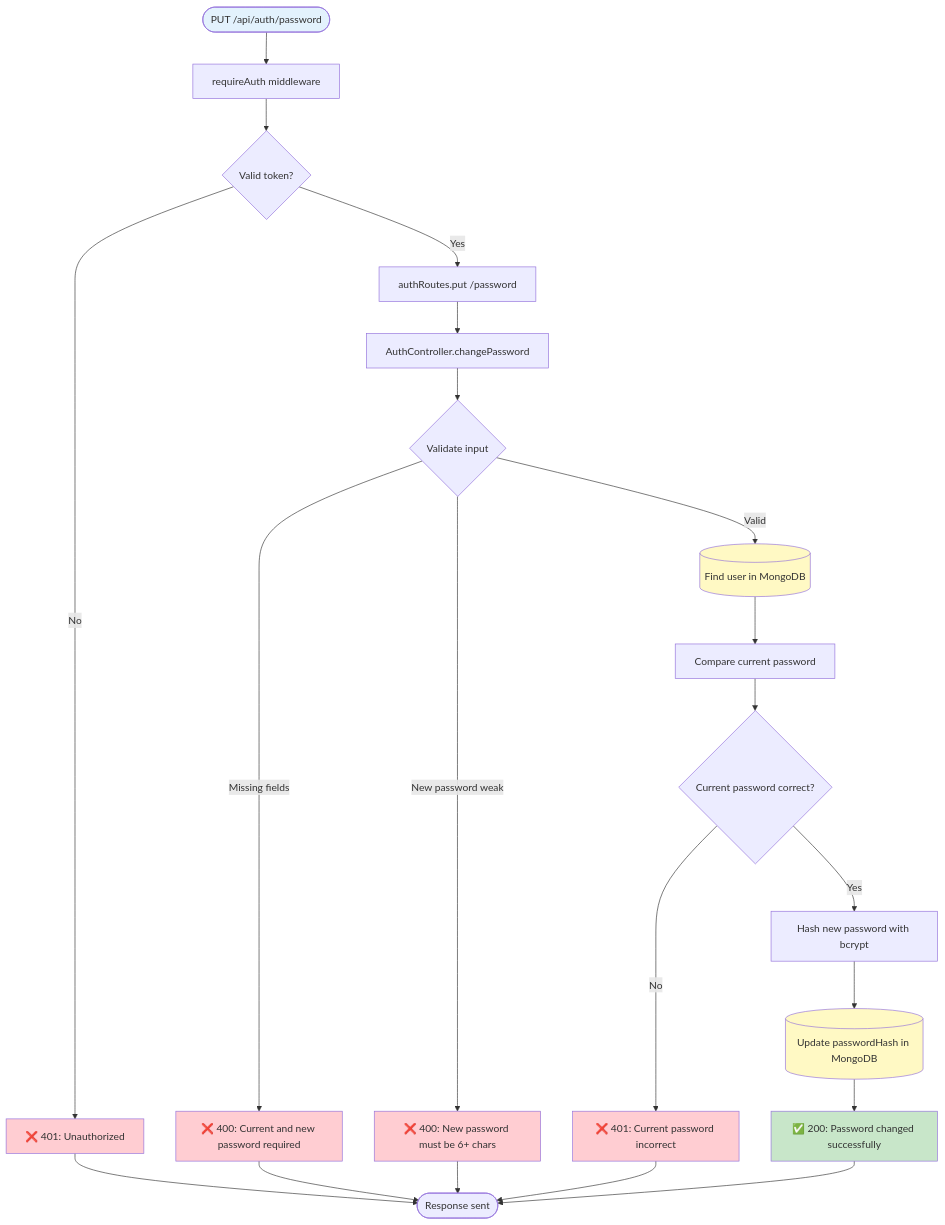
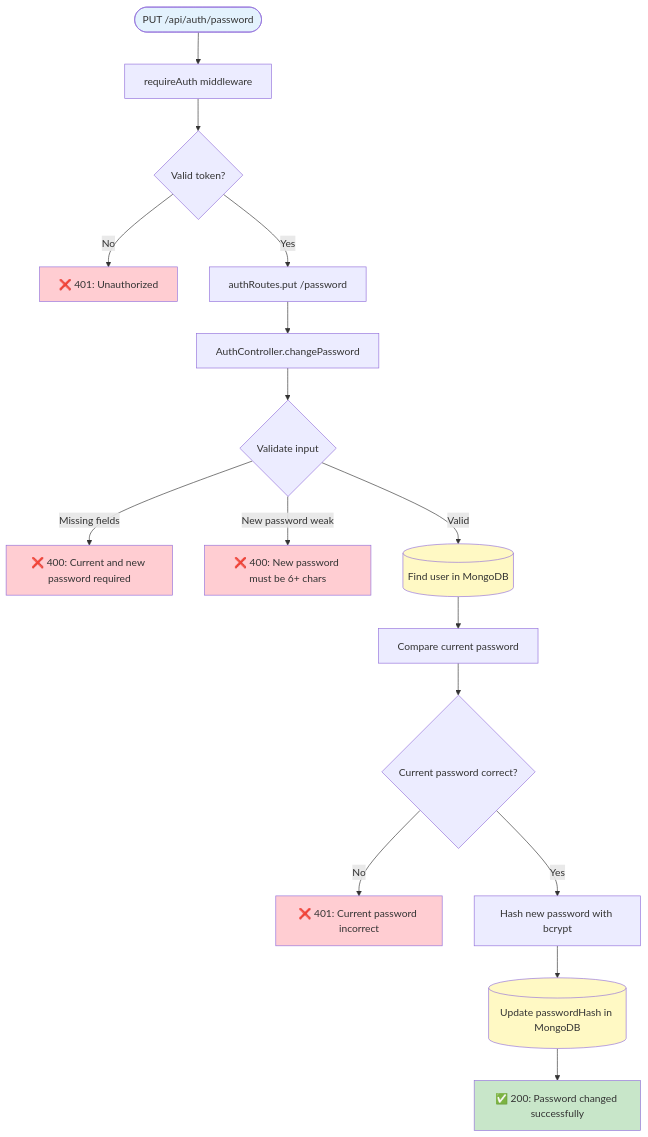
Before and after one commit to shmuelkapiloff/simple-: the seventh of 26 diagrams in docs/SERVER_ENDPOINTS_MAP.md, drawn with Mermaid. The commit also changed other lines of this file, not shown here.

Commit message:
fix: Remove End nodes from flowcharts to fix GitHub Mermaid rendering

````diff
--- a/docs/SERVER_ENDPOINTS_MAP.md
+++ b/docs/SERVER_ENDPOINTS_MAP.md
@@ -377,36 +351,31 @@
 ```mermaid
 flowchart TD
     Request([PUT /api/auth/password]) --> RequireAuth[requireAuth middleware]
     RequireAuth --> CheckToken{Valid token?}
     CheckToken -->|No| Return401["❌ 401: Unauthorized"]
     CheckToken -->|Yes| RouteHandler[authRoutes.put /password]
     
     RouteHandler --> Controller[AuthController.changePassword]
     Controller --> ValidateInput{Validate input}
     ValidateInput -->|Missing fields| Return400["❌ 400: Current and new password required"]
     ValidateInput -->|New password weak| Return400Weak["❌ 400: New password must be 6+ chars"]
     ValidateInput -->|Valid| FindUser[(Find user in MongoDB)]
     
     FindUser --> ComparePassword[Compare current password]
     ComparePassword --> PasswordMatch{Current password correct?}
     PasswordMatch -->|No| Return401Pass["❌ 401: Current password incorrect"]
     PasswordMatch -->|Yes| HashNew[Hash new password with bcrypt]
     
     HashNew --> UpdatePassword[(Update passwordHash in MongoDB)]
     UpdatePassword --> Return200["✅ 200: Password changed successfully"]
     
-    Return401 --> End([Response sent])
-    Return400 --> End
-    Return400Weak --> End
-    Return401Pass --> End
-    Return200 --> End
     
     style Request fill:#e3f2fd
     style Return200 fill:#c8e6c9
     style Return401 fill:#ffcdd2
     style Return400 fill:#ffcdd2
     style Return400Weak fill:#ffcdd2
     style Return401Pass fill:#ffcdd2
     style FindUser fill:#fff9c4
     style UpdatePassword fill:#fff9c4
 ```
````
